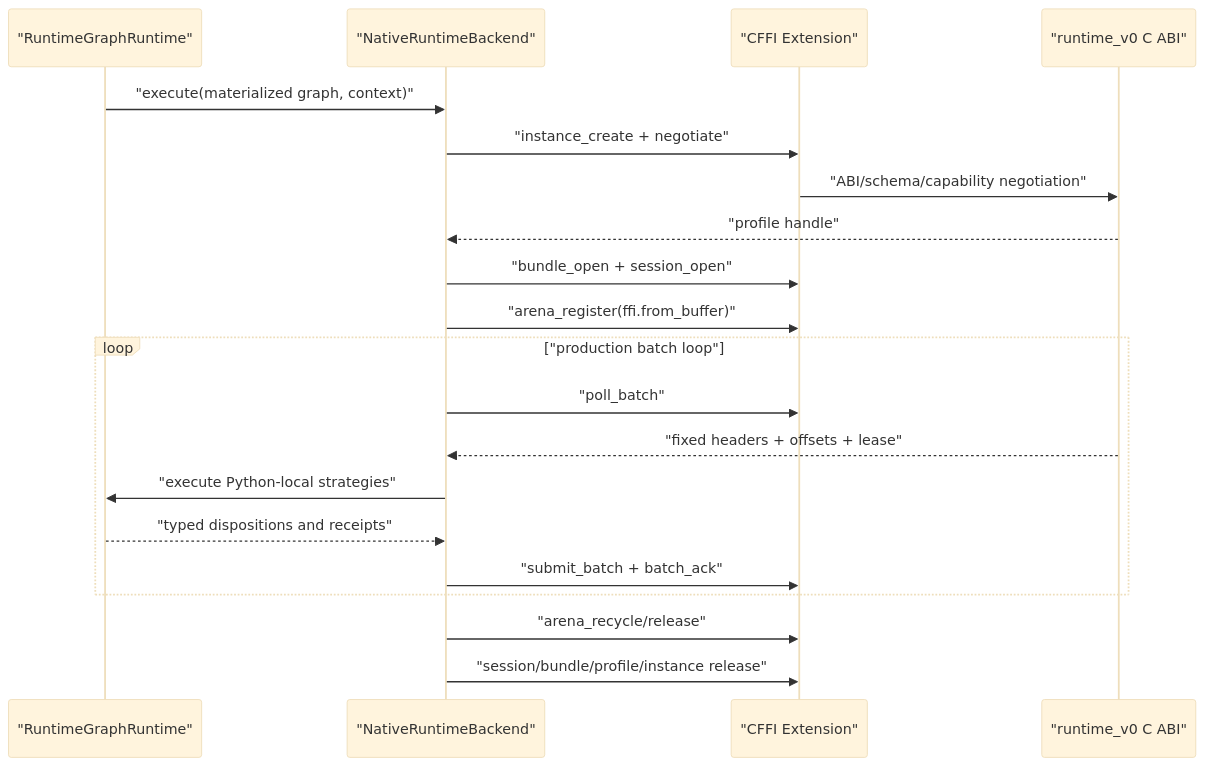
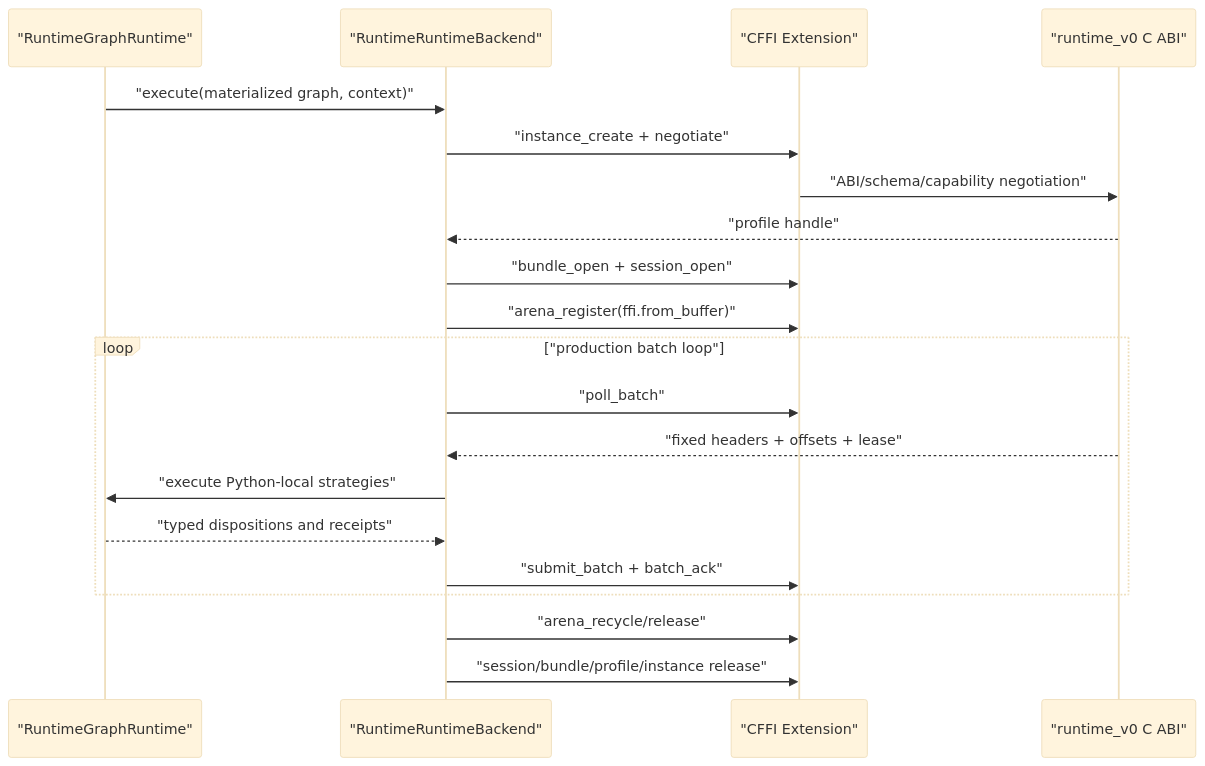
Before and after one commit to tao3k/gebril-yuanxu: the second of 2 diagrams in module-system/design/120-agentic-control-plane-ac07-python-production-cffi-runtime-design.org, drawn with Mermaid (base theme). The commit also changed other lines of this file and 1469 other files, not shown here.

```diff
--- a/module-system/design/120-agentic-control-plane-ac07-python-production-cffi-runtime-design.org
+++ b/module-system/design/120-agentic-control-plane-ac07-python-production-cffi-runtime-design.org
@@ -106,23 +106,23 @@
 #+begin_src mermaid
 sequenceDiagram
     participant P as "RuntimeGraphRuntime"
-    participant N as "NativeRuntimeBackend"
+    participant N as "RuntimeRuntimeBackend"
     participant F as "CFFI Extension"
     participant C as "runtime_v0 C ABI"
 
     P->>N: "execute(materialized graph, context)"
     N->>F: "instance_create + negotiate"
     F->>C: "ABI/schema/capability negotiation"
     C-->>N: "profile handle"
     N->>F: "bundle_open + session_open"
     N->>F: "arena_register(ffi.from_buffer)"
     loop "production batch loop"
         N->>F: "poll_batch"
         C-->>N: "fixed headers + offsets + lease"
         N->>P: "execute Python-local strategies"
         P-->>N: "typed dispositions and receipts"
         N->>F: "submit_batch + batch_ack"
     end
     N->>F: "arena_recycle/release"
     N->>F: "session/bundle/profile/instance release"
 #+end_src
```
